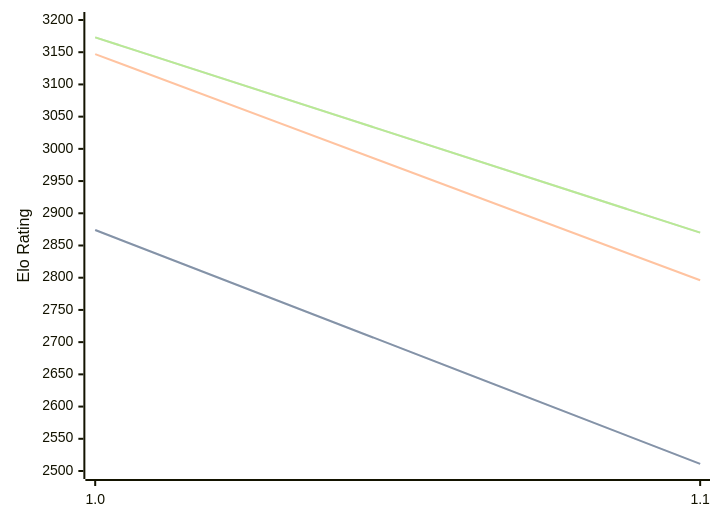
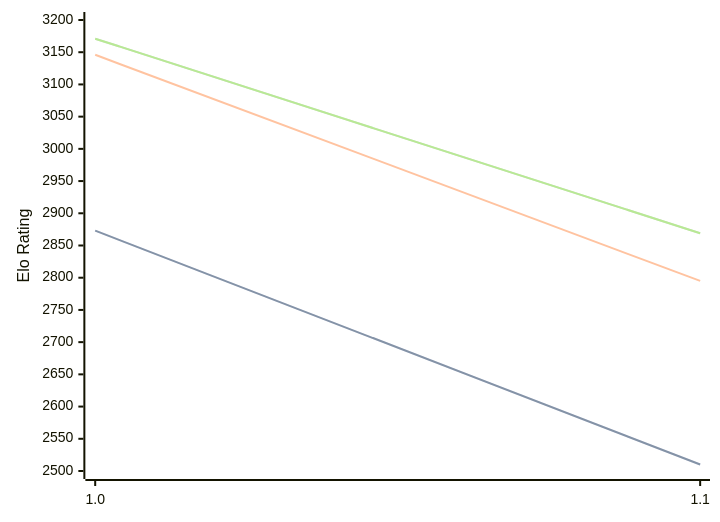
Before and after one commit to computer-chess-index/cci: the diagram in engines/Publius.md, drawn with Mermaid. The commit also changed other lines of this file, not shown here.

Commit message:
Update CCI Ratings (ELO VLTC) - 2026-04-26

````diff
--- a/engines/Publius.md
+++ b/engines/Publius.md
@@ -32,11 +32,11 @@
 ```mermaid
 %%{init: {"theme":"base","themeVariables":{"seriesColors:['#a3a3a3','#222221','#faa371']}}}%%
 xychart-beta
   x-axis ["1.0", "1.1"]
   y-axis "Elo Rating" 2500 --> 3200
-  line "STC (8.0+0.08s)" [2874, 2511]
-  line "STC (8.0+0.08s)" [2874, 2511]
-  line "LTC (60.0+0.60s)" [3147, 2796]
-  line "VLTC (2m24s+1.12s)" [3173, 2870]
-  line "VLTC (2m24s+1.12s)" [3173, 2870]
+  line "STC (8.0+0.08s)" [2873, 2510]
+  line "STC (8.0+0.08s)" [2873, 2510]
+  line "LTC (60.0+0.60s)" [3146, 2795]
+  line "VLTC (2m24s+1.12s)" [3171, 2869]
+  line "VLTC (2m24s+1.12s)" [3171, 2869]
 ```
````
